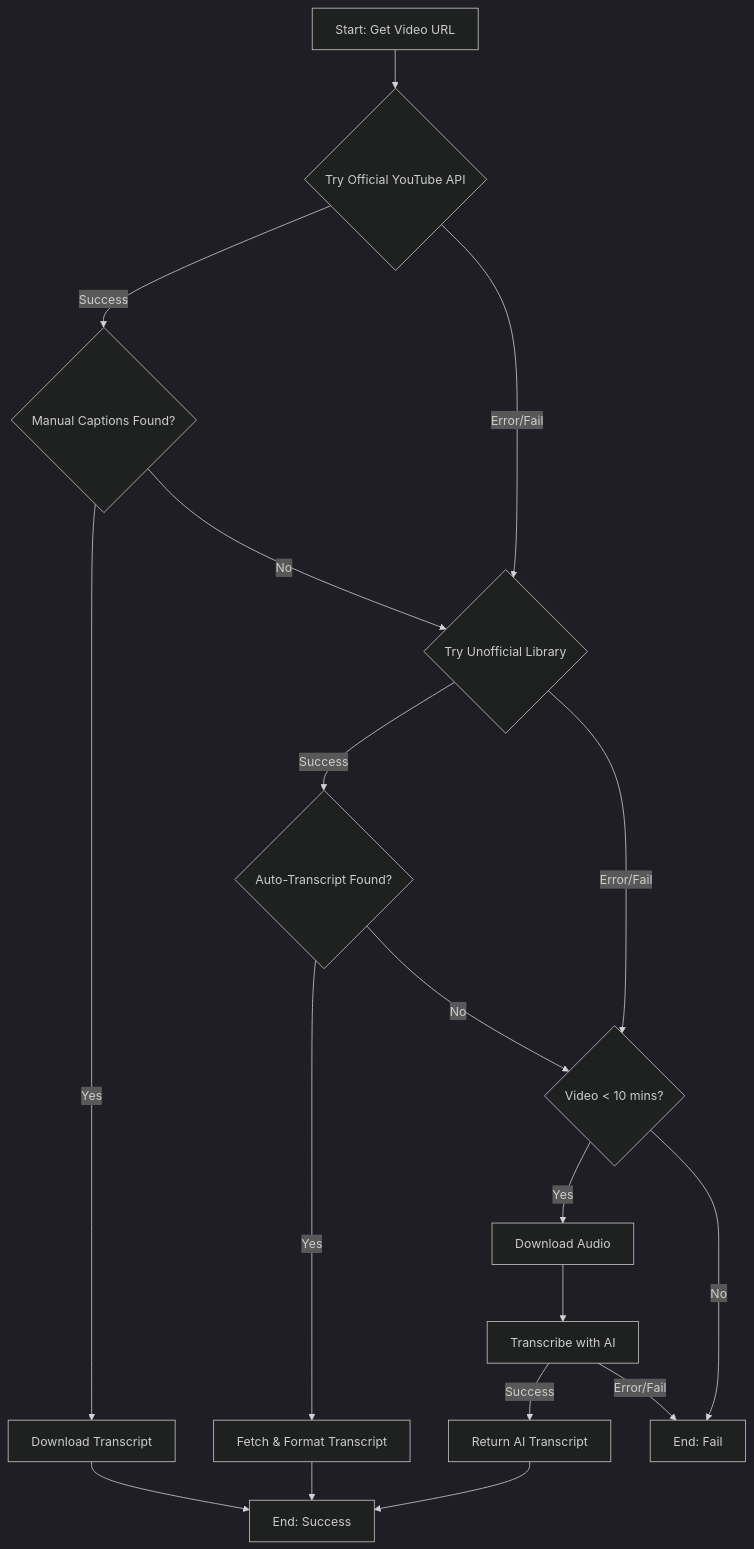
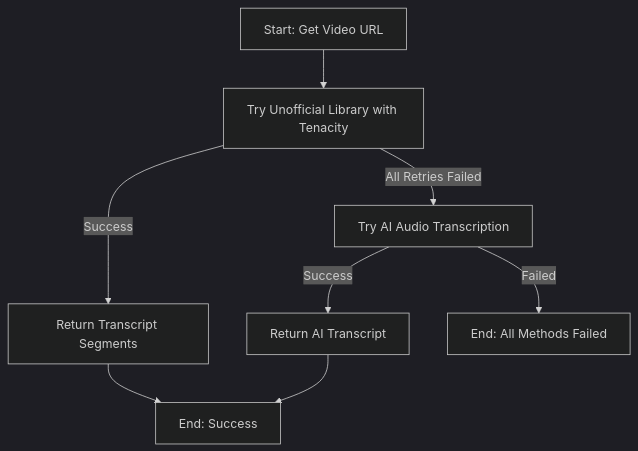
The first of 2 diagrams in docs/memory/architecture.md (lliWcWill/ytFetch), drawn with Mermaid (dark theme) before and after one commit. The commit also changed other lines of this file and 9 other files, not shown here.

First line of the commit message:
feat: Add separate UI buttons for unofficial and Groq transcription methods

````diff
--- a/docs/memory/architecture.md
+++ b/docs/memory/architecture.md
@@ -39,20 +34,10 @@
 ```mermaid
 graph TD
-    A[Start: Get Video URL] --> B{Try Official YouTube API};
-    B -- Success --> C{Manual Captions Found?};
-    B -- Error/Fail --> D{Try Unofficial Library};
-    C -- Yes --> E[Download Transcript];
-    C -- No --> D;
-    D -- Success --> F{Auto-Transcript Found?};
-    D -- Error/Fail --> H{Video < 10 mins?};
-    F -- Yes --> G[Fetch & Format Transcript];
-    F -- No --> H;
-    H -- Yes --> I[Download Audio];
-    H -- No --> Y[End: Fail];
-    I --> J[Transcribe with AI];
-    J -- Success --> K[Return AI Transcript];
-    J -- Error/Fail --> Y;
-    E --> Z[End: Success];
-    G --> Z;
-    K --> Z;
+    A[Start: Get Video URL] --> B[Try Unofficial Library with Tenacity];
+    B -- Success --> C[Return Transcript Segments];
+    B -- All Retries Failed --> D[Try AI Audio Transcription];
+    D -- Success --> E[Return AI Transcript];
+    D -- Failed --> F[End: All Methods Failed];
+    C --> G[End: Success];
+    E --> G;
 ```
````
